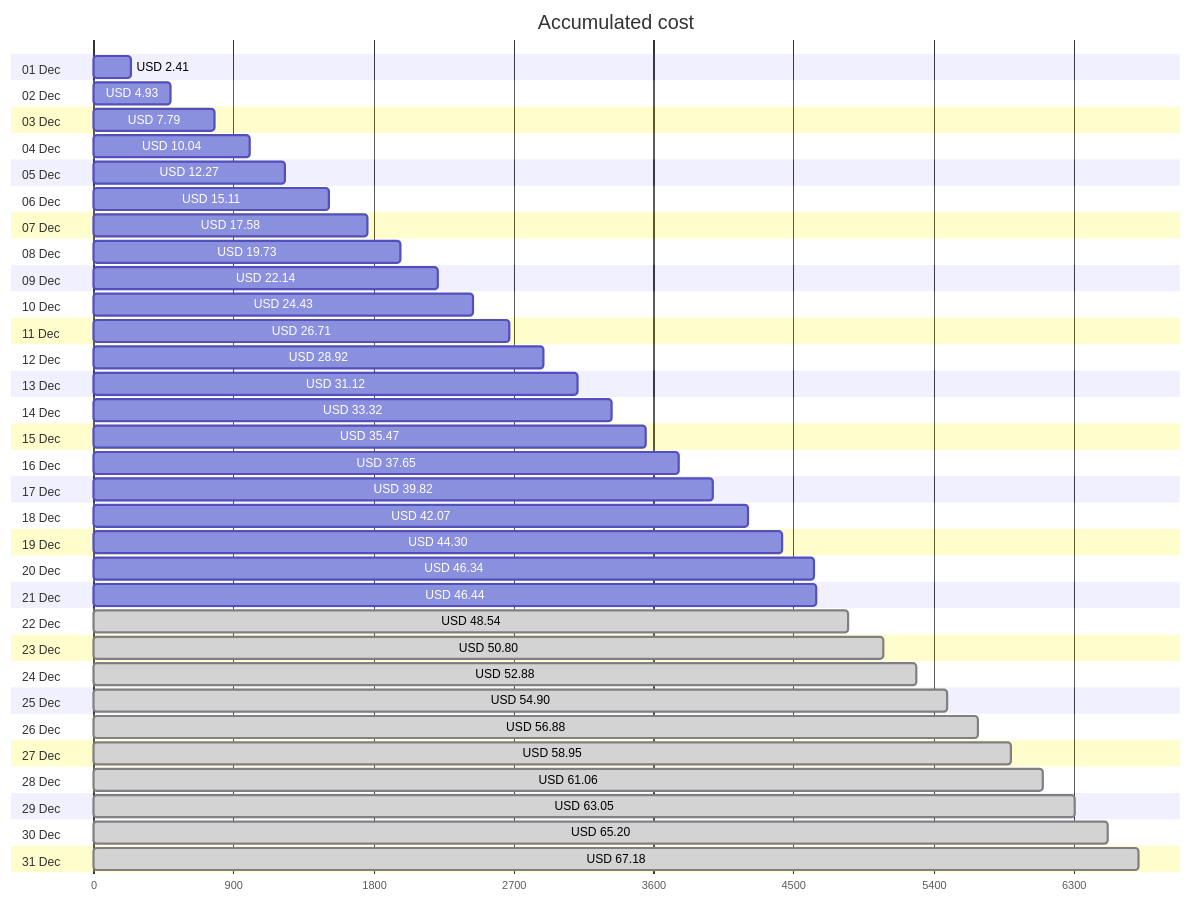
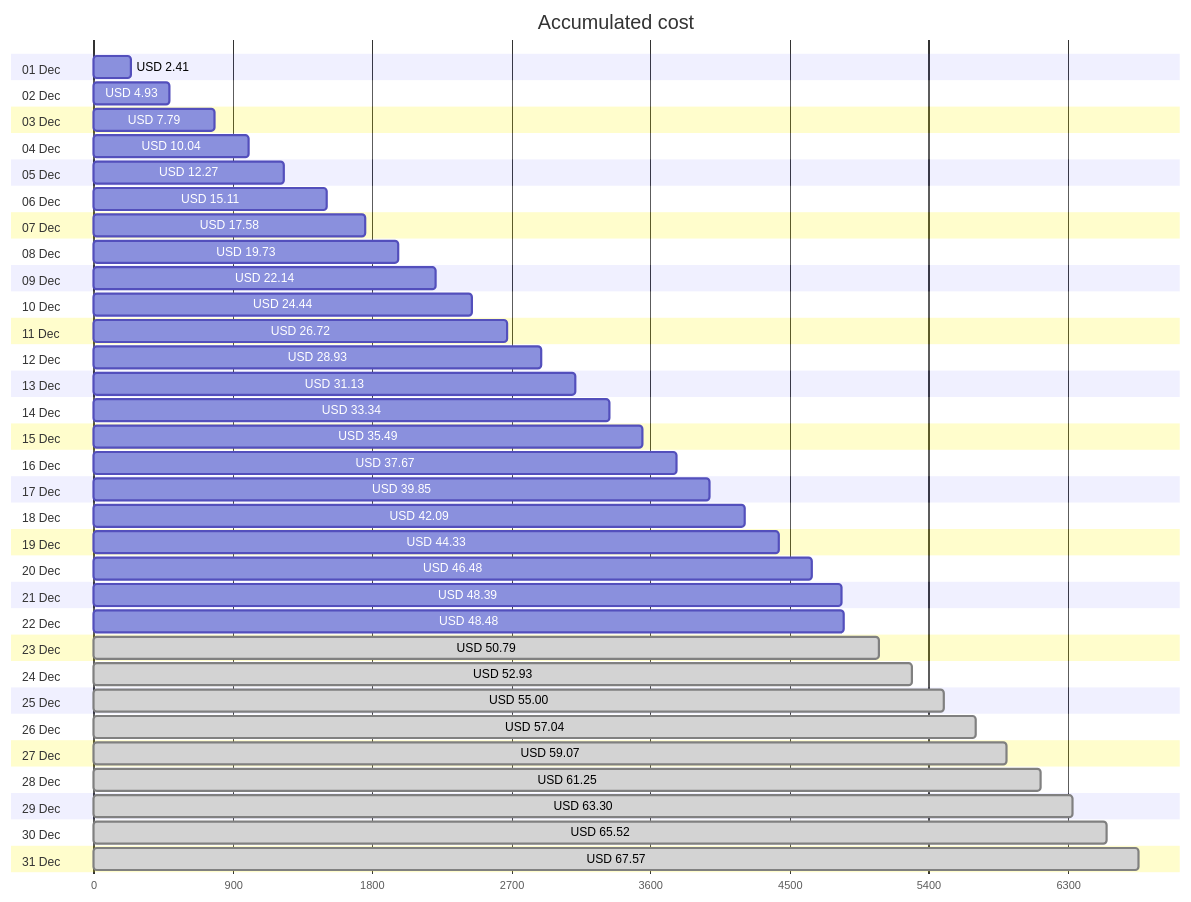
One commit to jpfulton/azure-personal-reports changed the first of 4 diagrams in cost-reports/accumulated-cost.md. Above: the diagram before and after it, drawn with Mermaid. The commit also changed other lines of this file and 4 other files, not shown here.

````diff
--- a/cost-reports/accumulated-cost.md
+++ b/cost-reports/accumulated-cost.md
@@ -20,68 +20,68 @@
 ```mermaid
 gantt
    title Accumulated cost
    dateFormat  X
    axisFormat %s
    section 01 Dec
    USD 2.41 :0, 241
    section 02 Dec
    USD 4.93 :0, 493
    section 03 Dec
    USD 7.79 :0, 779
    section 04 Dec
    USD 10.04 :0, 1004
    section 05 Dec
    USD 12.27 :0, 1227
    section 06 Dec
    USD 15.11 :0, 1511
    section 07 Dec
    USD 17.58 :0, 1758
    section 08 Dec
    USD 19.73 :0, 1973
    section 09 Dec
    USD 22.14 :0, 2214
    section 10 Dec
-   USD 24.43 :0, 2443
+   USD 24.44 :0, 2444
    section 11 Dec
-   USD 26.71 :0, 2671
+   USD 26.72 :0, 2672
    section 12 Dec
-   USD 28.92 :0, 2892
+   USD 28.93 :0, 2893
    section 13 Dec
-   USD 31.12 :0, 3112
+   USD 31.13 :0, 3113
    section 14 Dec
-   USD 33.32 :0, 3332
+   USD 33.34 :0, 3334
    section 15 Dec
-   USD 35.47 :0, 3547
+   USD 35.49 :0, 3549
    section 16 Dec
-   USD 37.65 :0, 3765
+   USD 37.67 :0, 3767
    section 17 Dec
-   USD 39.82 :0, 3982
+   USD 39.85 :0, 3985
    section 18 Dec
-   USD 42.07 :0, 4207
+   USD 42.09 :0, 4209
    section 19 Dec
-   USD 44.30 :0, 4430
+   USD 44.33 :0, 4433
    section 20 Dec
-   USD 46.34 :0, 4634
+   USD 46.48 :0, 4648
    section 21 Dec
-   USD 46.44 :0, 4644
+   USD 48.39 :0, 4839
    section 22 Dec
-   USD 48.54 : done, 0, 4854
+   USD 48.48 :0, 4848
    section 23 Dec
-   USD 50.80 : done, 0, 5080
+   USD 50.79 : done, 0, 5079
    section 24 Dec
-   USD 52.88 : done, 0, 5288
+   USD 52.93 : done, 0, 5293
    section 25 Dec
-   USD 54.90 : done, 0, 5490
+   USD 55.00 : done, 0, 5500
    section 26 Dec
-   USD 56.88 : done, 0, 5688
+   USD 57.04 : done, 0, 5704
    section 27 Dec
-   USD 58.95 : done, 0, 5895
+   USD 59.07 : done, 0, 5907
    section 28 Dec
-   USD 61.06 : done, 0, 6106
+   USD 61.25 : done, 0, 6125
    section 29 Dec
-   USD 63.05 : done, 0, 6305
+   USD 63.30 : done, 0, 6330
    section 30 Dec
-   USD 65.20 : done, 0, 6520
+   USD 65.52 : done, 0, 6552
    section 31 Dec
-   USD 67.18 : done, 0, 6718
+   USD 67.57 : done, 0, 6757
 ```
````
